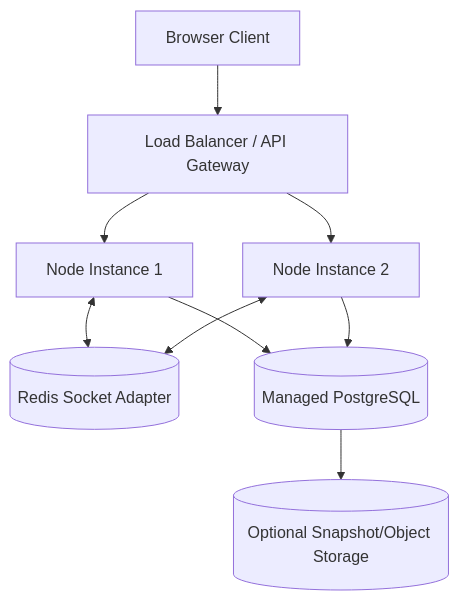
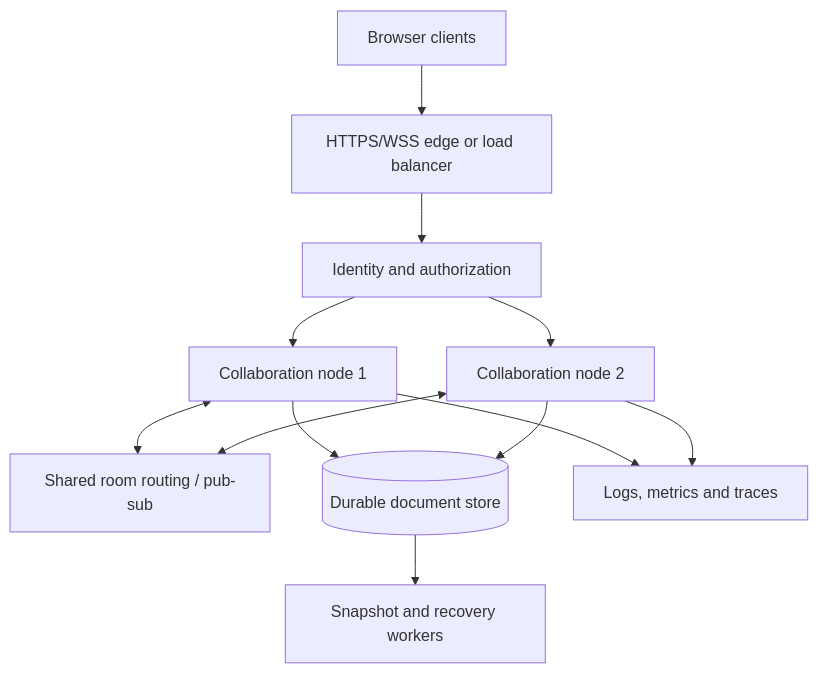
Diagram 11 of 11 in README.md (SonamNarula/CodeFusion-a-collaborative-real-time-code-editor), drawn with Mermaid before and after one commit. The commit also changed other lines of this file, not shown here.

````diff
--- a/README.md
+++ b/README.md
@@ -1281,19 +1145,24 @@
 ```mermaid
 flowchart TB
-    Client[Browser Client]
-    Gateway[Load Balancer / API Gateway]
-    API1[Node Instance 1]
-    API2[Node Instance 2]
-    Redis[(Redis Socket Adapter)]
-    Postgres[(Managed PostgreSQL)]
-    ObjectStore[(Optional Snapshot/Object Storage)]
+    B[Browser clients]
+    EDGE[HTTPS/WSS edge or load balancer]
+    AUTH[Identity and authorization]
+    WS1[Collaboration node 1]
+    WS2[Collaboration node 2]
+    ROUTER[Shared room routing / pub-sub]
+    DOCSTORE[(Durable document store)]
+    SNAP[Snapshot and recovery workers]
+    METRICS[Logs, metrics and traces]
 
-    Client --> Gateway
-    Gateway --> API1
-    Gateway --> API2
-    API1 <--> Redis
-    API2 <--> Redis
-    API1 --> Postgres
-    API2 --> Postgres
-    Postgres --> ObjectStore
+    B --> EDGE
+    EDGE --> AUTH
+    AUTH --> WS1
+    AUTH --> WS2
+    WS1 <--> ROUTER
+    WS2 <--> ROUTER
+    WS1 --> DOCSTORE
+    WS2 --> DOCSTORE
+    DOCSTORE --> SNAP
+    WS1 --> METRICS
+    WS2 --> METRICS
 ```
````
